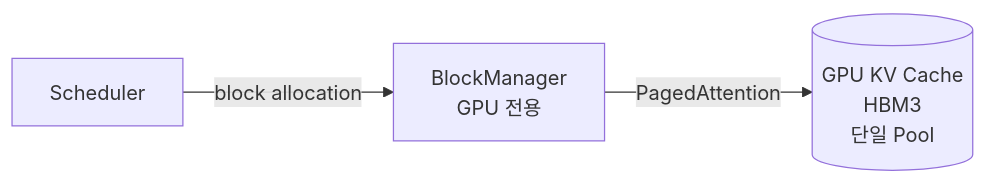
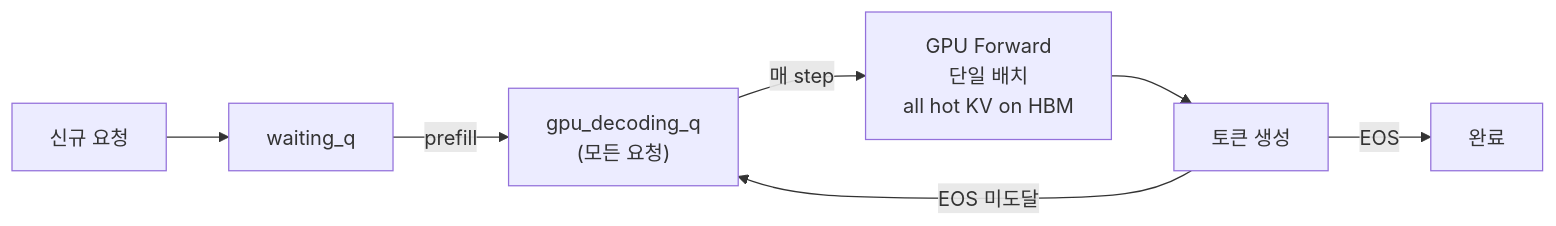
Before and after one commit to mystous/vllm_hybrid: diagram 11 of 13 in docs/architecture_comparison.md, drawn with Mermaid. The commit also changed other lines of this file, not shown here.

````diff
--- a/docs/architecture_comparison.md
+++ b/docs/architecture_comparison.md
@@ -479,5 +295,9 @@
 ```mermaid
-graph LR
-    S[Scheduler] -->|block allocation| BC[BlockManager\nGPU 전용]
-    BC -->|PagedAttention| KV[(GPU KV Cache\nHBM3\n단일 Pool)]
+flowchart LR
+    A[신규 요청] --> WQ[waiting_q]
+    WQ -->|prefill| GPU_RQ["gpu_decoding_q\n(모든 요청)"]
+    GPU_RQ -->|매 step| GPU_FWD["GPU Forward\n단일 배치\nall hot KV on HBM"]
+    GPU_FWD --> OUT[토큰 생성]
+    OUT -->|EOS 미도달| GPU_RQ
+    OUT -->|EOS| DONE[완료]
 ```
````
